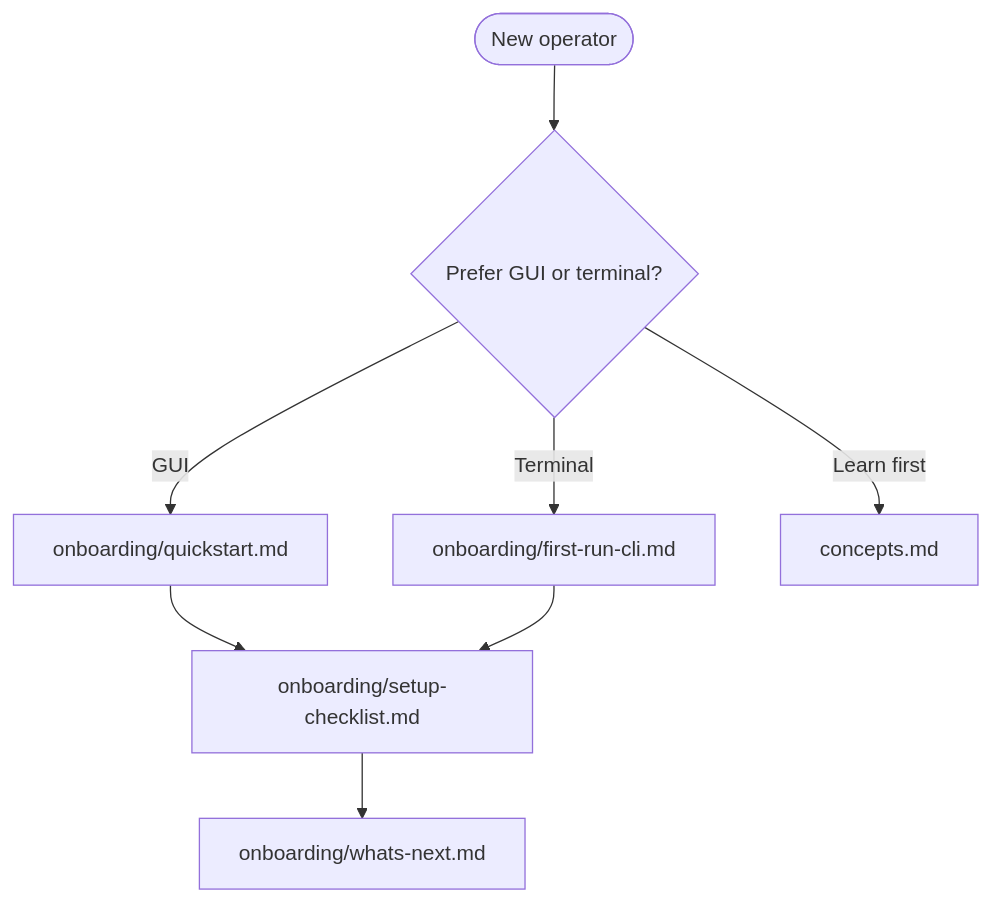
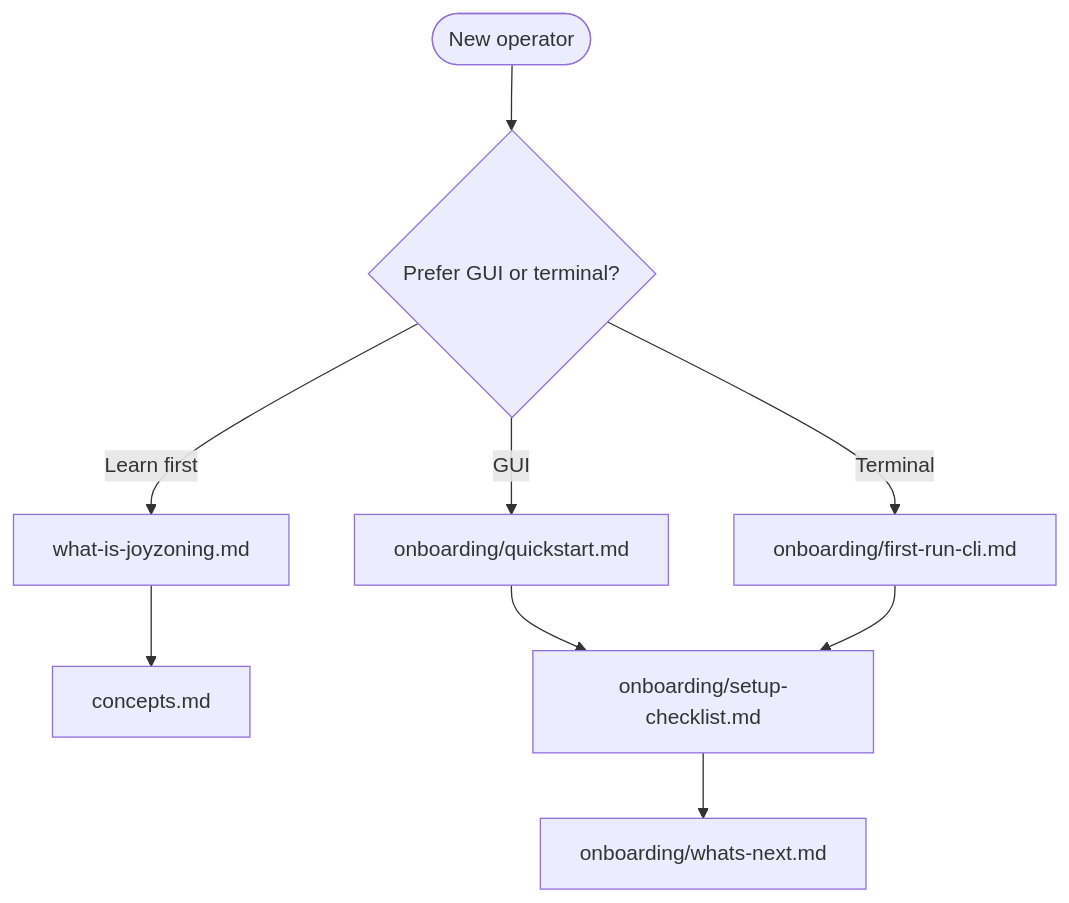
Before and after one commit to CardSorting/JoyZoning: the diagram in docs/README.md, drawn with Mermaid. The commit also changed other lines of this file and 7 other files, not shown here.

````diff
--- a/docs/README.md
+++ b/docs/README.md
@@ -11,10 +13,11 @@
 ```mermaid
 flowchart TD
   Start([New operator]) --> Q{Prefer GUI or terminal?}
   Q -->|GUI| QS[onboarding/quickstart.md]
   Q -->|Terminal| CLI[onboarding/first-run-cli.md]
-  Q -->|Learn first| C[concepts.md]
+  Q -->|Learn first| WI[what-is-joyzoning.md]
+  WI --> C[concepts.md]
   QS --> CHK[onboarding/setup-checklist.md]
   CLI --> CHK
   CHK --> NEXT[onboarding/whats-next.md]
 ```
````
